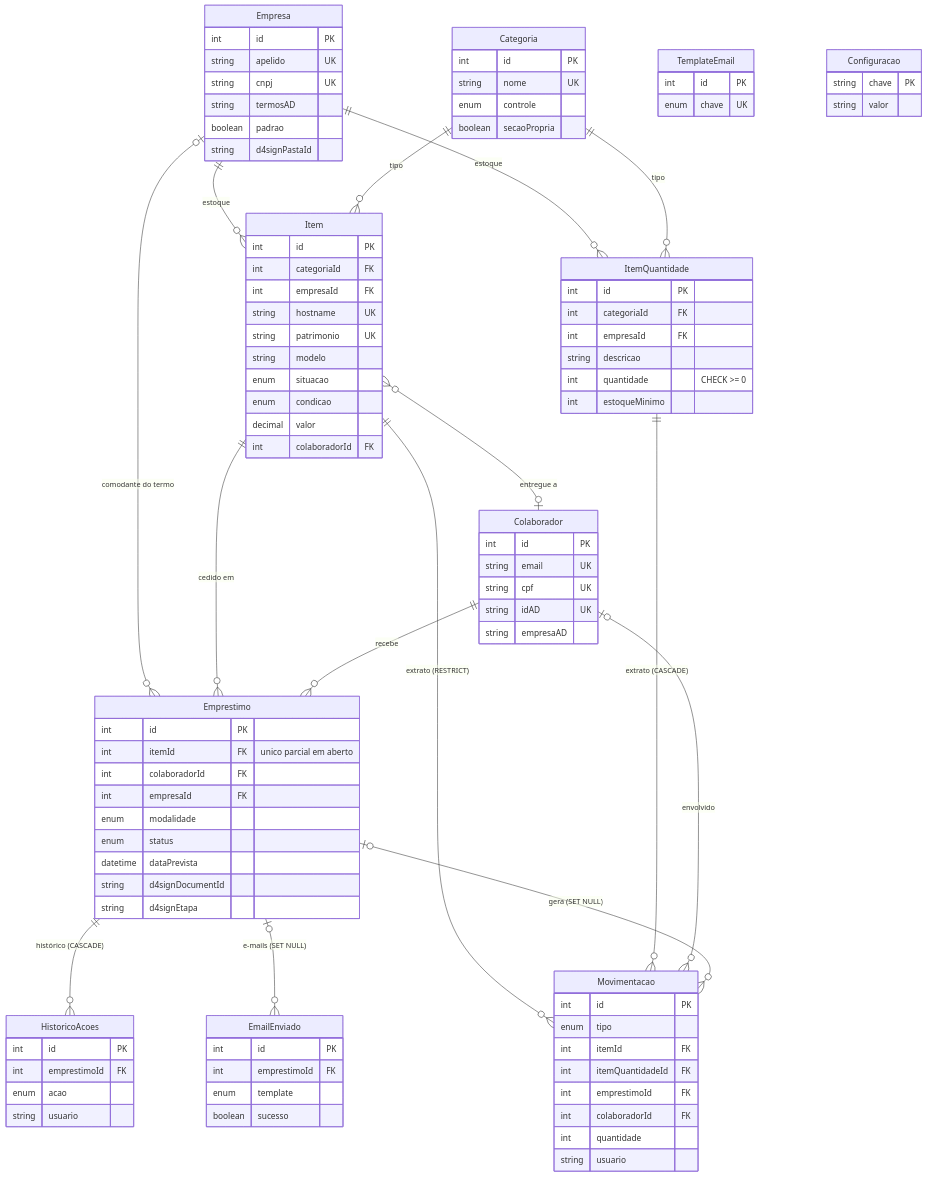
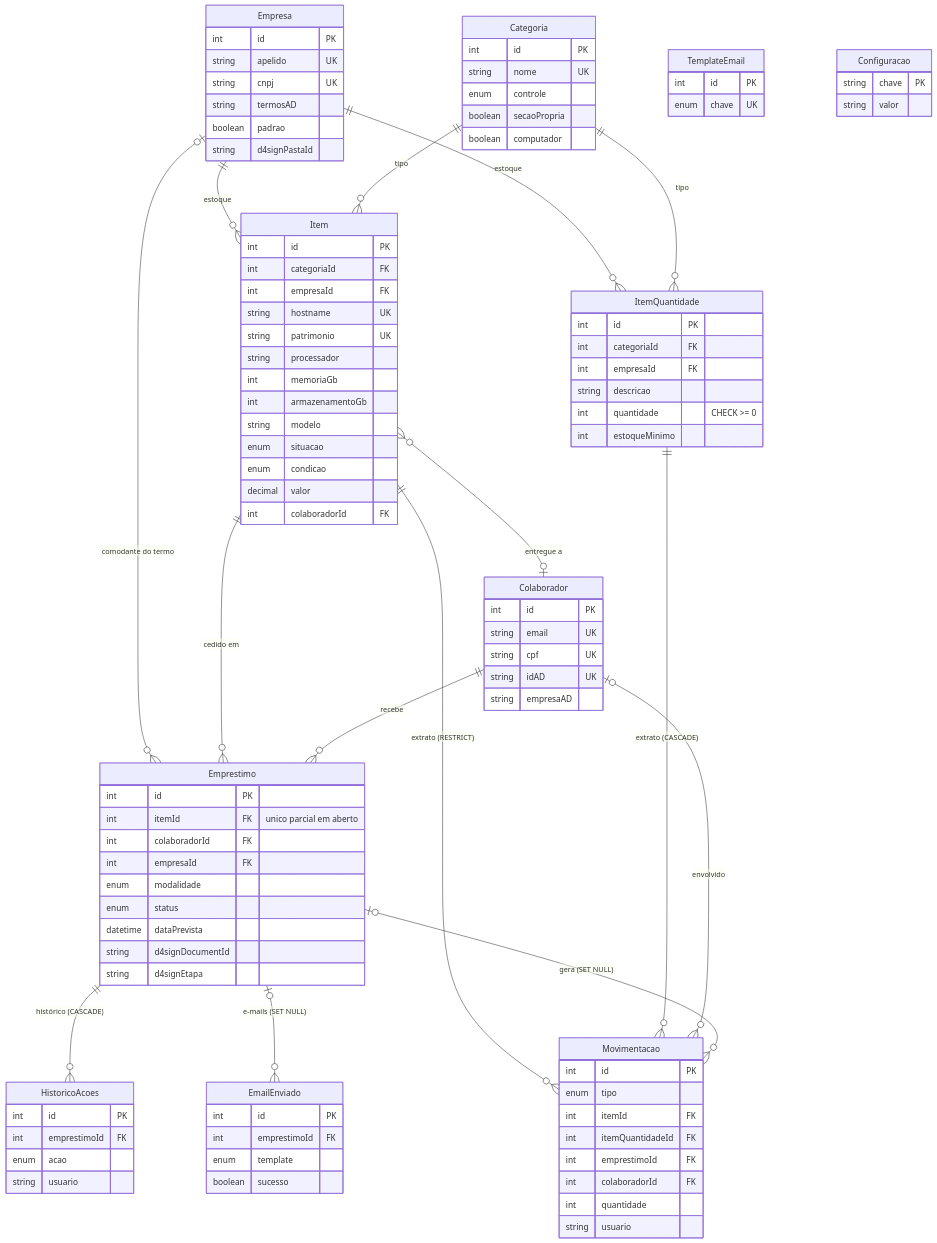
One commit to geducorp/notrole changed the third of 6 diagrams in docs/DOCUMENTACAO_TECNICA.md. Above: the diagram before and after it, drawn with Mermaid. The commit also changed other lines of this file and 25 other files, not shown here.

```diff
--- a/docs/DOCUMENTACAO_TECNICA.md
+++ b/docs/DOCUMENTACAO_TECNICA.md
@@ -544,6 +549,7 @@
         string nome UK
         enum controle
         boolean secaoPropria
+        boolean computador
     }
     Item {
         int id PK
@@ -551,6 +557,9 @@
         int empresaId FK
         string hostname UK
         string patrimonio UK
+        string processador
+        int memoriaGb
+        int armazenamentoGb
         string modelo
         enum situacao
         enum condicao
```
